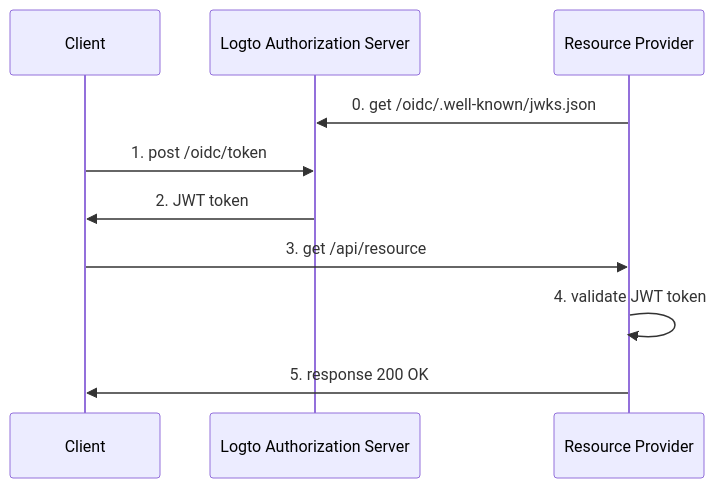
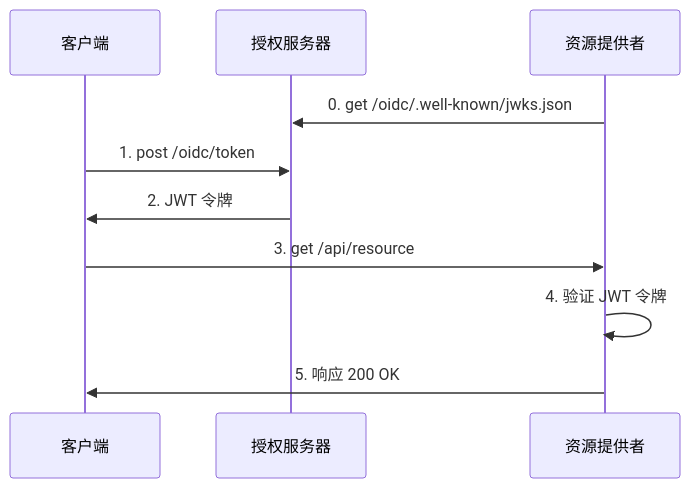
The second of 2 diagrams in src/content/terms/zh/opaque-token.mdx (logto-io/auth-wiki), drawn with Mermaid before and after one commit. The commit also changed other lines of this file and 98 other files, not shown here.

````diff
--- a/src/content/terms/zh/opaque-token.mdx
+++ b/src/content/terms/zh/opaque-token.mdx
@@ -73,16 +73,16 @@
 ```mermaid
 
 sequenceDiagram
-    participant C as Client
-    participant AS as Logto Authorization Server
-    participant RP as Resource Provider
+    participant C as 客户端
+    participant AS as 授权服务器
+    participant RP as 资源提供者
 
     RP ->> AS: 0. get /oidc/.well-known/jwks.json
 
     C ->> AS: 1. post /oidc/token
-    AS ->> C: 2. JWT token
+    AS ->> C: 2. JWT 令牌
     C ->> RP: 3. get /api/resource
-    RP ->> RP: 4. validate JWT token
-    RP ->> C: 5. response 200 OK
+    RP ->> RP: 4. 验证 JWT 令牌
+    RP ->> C: 5. 响应 200 OK
 
 ```
````
